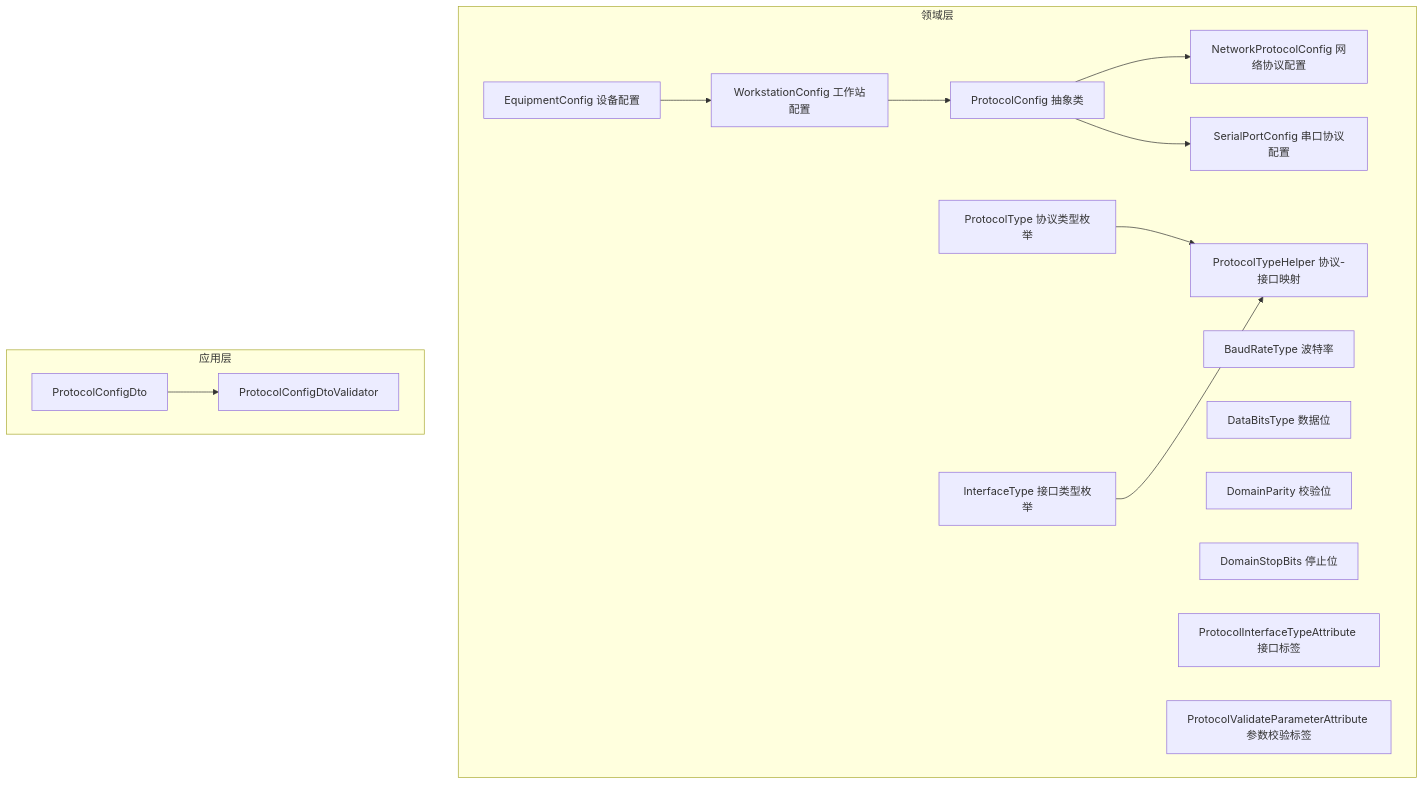
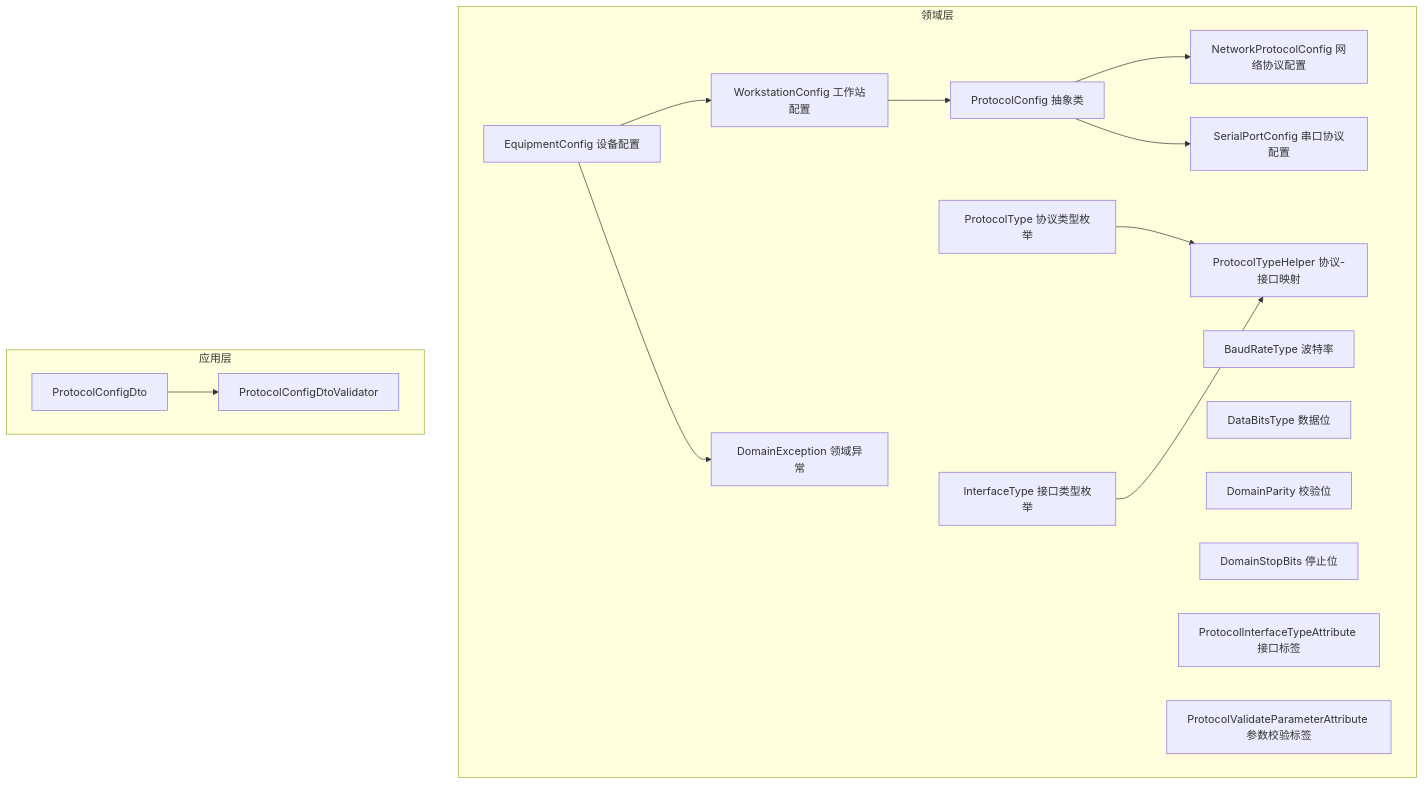
One commit to whitemousetl/IndustrialDataSolution changed the first of 5 diagrams in .qoder/repowiki/zh/content/领域模型设计/协议配置模型.md. Above: the diagram before and after it, drawn with Mermaid. The commit also changed other lines of this file and 18 other files, not shown here.

````diff
--- a/.qoder/repowiki/zh/content/领域模型设计/协议配置模型.md
+++ b/.qoder/repowiki/zh/content/领域模型设计/协议配置模型.md
@@ -48,30 +58,32 @@
 ```mermaid
 graph TB
 subgraph "领域层"
 PC["ProtocolConfig 抽象类"]
 NPC["NetworkProtocolConfig 网络协议配置"]
 SPC["SerialPortConfig 串口协议配置"]
 PT["ProtocolType 协议类型枚举"]
 IT["InterfaceType 接口类型枚举"]
 BR["BaudRateType 波特率"]
 DB["DataBitsType 数据位"]
 P["DomainParity 校验位"]
 SB["DomainStopBits 停止位"]
 PIT["ProtocolInterfaceTypeAttribute 接口标签"]
 PVP["ProtocolValidateParameterAttribute 参数校验标签"]
 PTH["ProtocolTypeHelper 协议-接口映射"]
 WC["WorkstationConfig 工作站配置"]
 EC["EquipmentConfig 设备配置"]
+DE["DomainException 领域异常"]
 end
 subgraph "应用层"
 Dto["ProtocolConfigDto"]
 Val["ProtocolConfigDtoValidator"]
 end
 PC --> NPC
 PC --> SPC
 PT --> PTH
 IT --> PTH
 Dto --> Val
 WC --> PC
 EC --> WC
+EC --> DE
 ```
````
